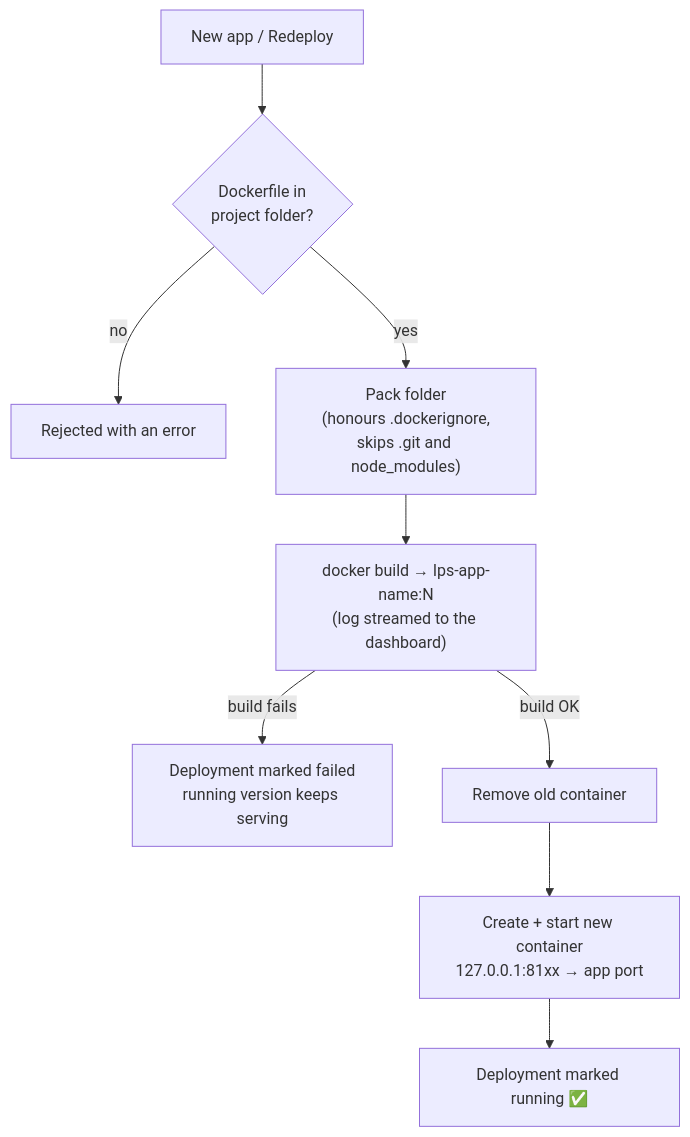
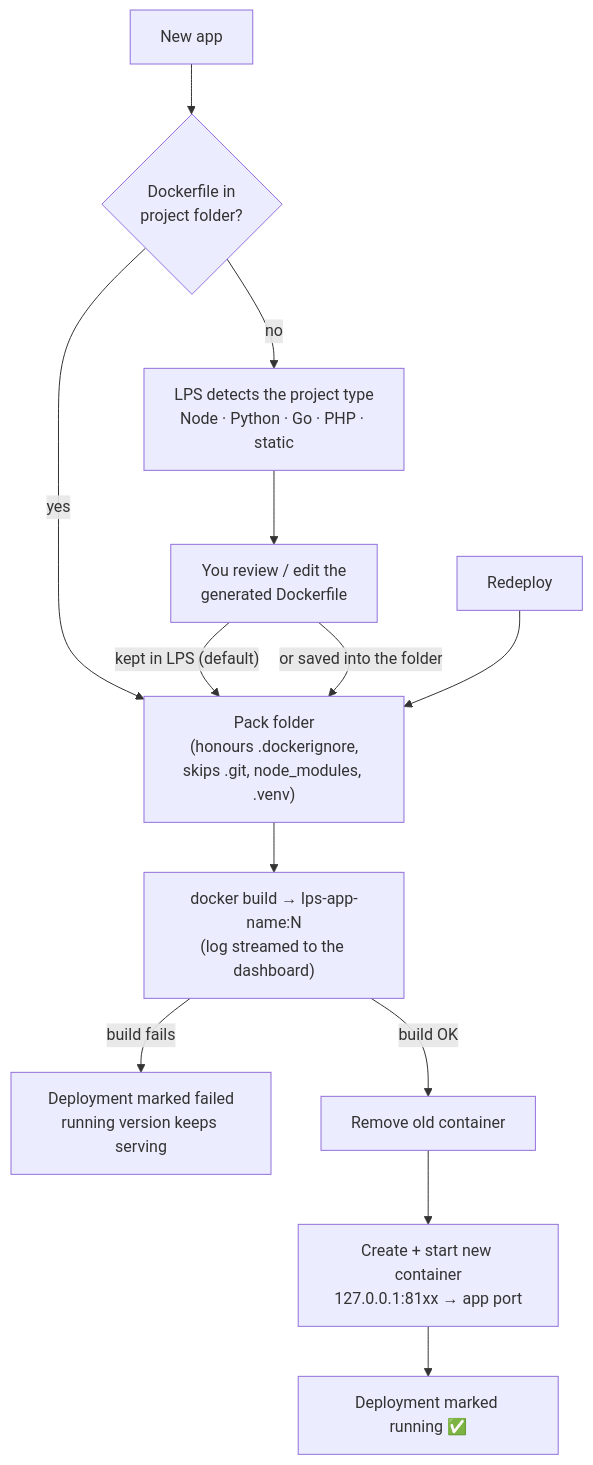
The third of 8 diagrams in README.md (AbrarDW/lps), drawn with Mermaid before and after one commit. The commit also changed other lines of this file and 18 other files, not shown here.

````diff
--- a/README.md
+++ b/README.md
@@ -66,11 +66,15 @@
 ```mermaid
 flowchart TD
-    A["New app / Redeploy"] --> B{"Dockerfile in<br/>project folder?"}
-    B -- no --> X["Rejected with an error"]
-    B -- yes --> C["Pack folder<br/>(honours .dockerignore,<br/>skips .git and node_modules)"]
+    A["New app"] --> B{"Dockerfile in<br/>project folder?"}
+    B -- yes --> C["Pack folder<br/>(honours .dockerignore,<br/>skips .git, node_modules, .venv)"]
+    B -- no --> G1["LPS detects the project type<br/>Node · Python · Go · PHP · static"]
+    G1 --> G2["You review / edit the<br/>generated Dockerfile"]
+    G2 -- "kept in LPS (default)" --> C
+    G2 -- "or saved into the folder" --> C
+    R["Redeploy"] --> C
     C --> D["docker build → lps-app-name:N<br/>(log streamed to the dashboard)"]
     D -- "build fails" --> F["Deployment marked failed<br/>running version keeps serving"]
     D -- "build OK" --> E["Remove old container"]
     E --> G["Create + start new container<br/>127.0.0.1:81xx → app port"]
     G --> H["Deployment marked running ✅"]
 ```
````
